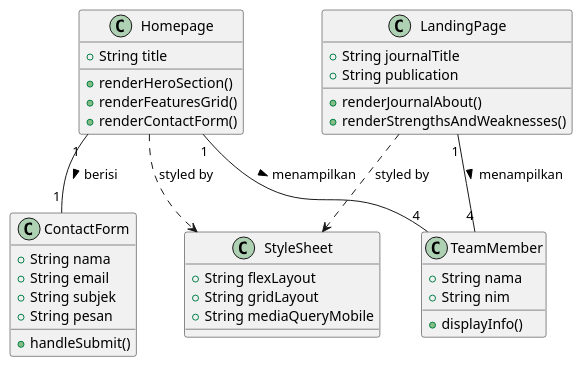
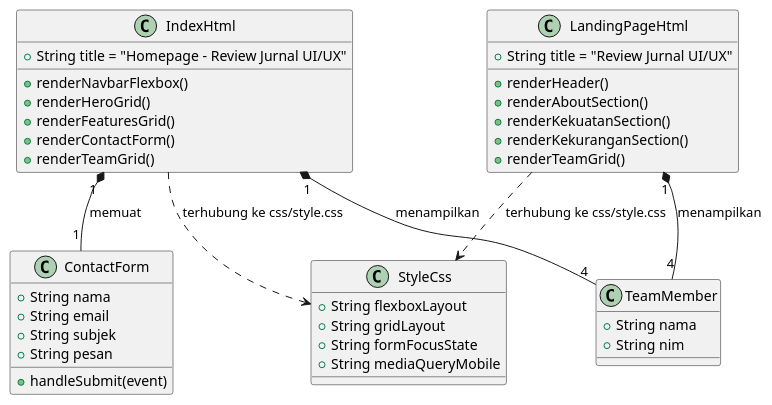
The diagram in Class Diagram.puml (Randirozikin140/PAW-Week2-Kelompok1-KelasC), drawn with PlantUML before and after one commit. The commit also changed 4 other files, not shown here.

Commit message:
Refactor diagrams and update entity attributes for clarity and consistency

```diff
--- a/Class Diagram.puml
+++ b/Class Diagram.puml
@@ -1,41 +1,46 @@
 @startuml
-class Homepage {
-    +String title
-    +renderHeroSection()
+class IndexHtml {
+    +String title = "Homepage - Review Jurnal UI/UX"
+    +renderNavbarFlexbox()
+    +renderHeroGrid()
     +renderFeaturesGrid()
     +renderContactForm()
+    +renderTeamGrid()
 }
 
-class LandingPage {
-    +String journalTitle
-    +String publication
-    +renderJournalAbout()
-    +renderStrengthsAndWeaknesses()
+class LandingPageHtml {
+    +String title = "Review Jurnal UI/UX"
+    +renderHeader()
+    +renderAboutSection()
+    +renderKekuatanSection()
+    +renderKekuranganSection()
+    +renderTeamGrid()
 }
 
 class ContactForm {
     +String nama
     +String email
     +String subjek
     +String pesan
-    +handleSubmit()
+    +handleSubmit(event)
 }
 
 class TeamMember {
     +String nama
     +String nim
-    +displayInfo()
 }
 
-class StyleSheet {
-    +String flexLayout
+class StyleCss {
+    +String flexboxLayout
     +String gridLayout
+    +String formFocusState
     +String mediaQueryMobile
 }
 
-Homepage "1" -- "1" ContactForm : berisi >
-Homepage "1" -- "4" TeamMember : menampilkan >
-LandingPage "1" -- "4" TeamMember : menampilkan >
-Homepage ..> StyleSheet : styled by
-LandingPage ..> StyleSheet : styled by
+IndexHtml "1" *-- "1" ContactForm : memuat
+IndexHtml "1" *-- "4" TeamMember : menampilkan
+LandingPageHtml "1" *-- "4" TeamMember : menampilkan
+
+IndexHtml ..> StyleCss : terhubung ke css/style.css
+LandingPageHtml ..> StyleCss : terhubung ke css/style.css
 @enduml
```
